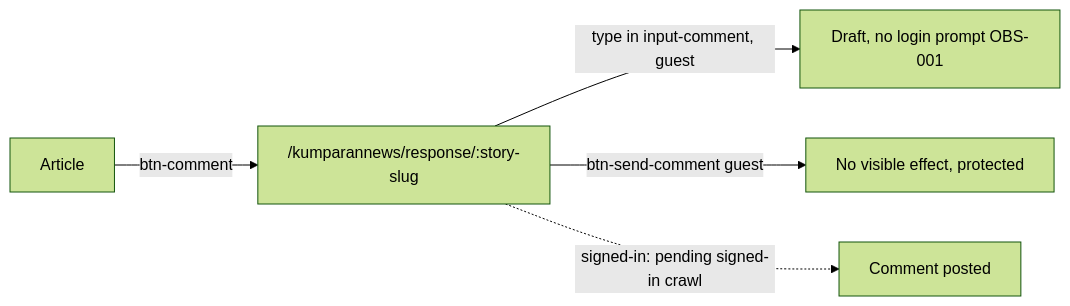
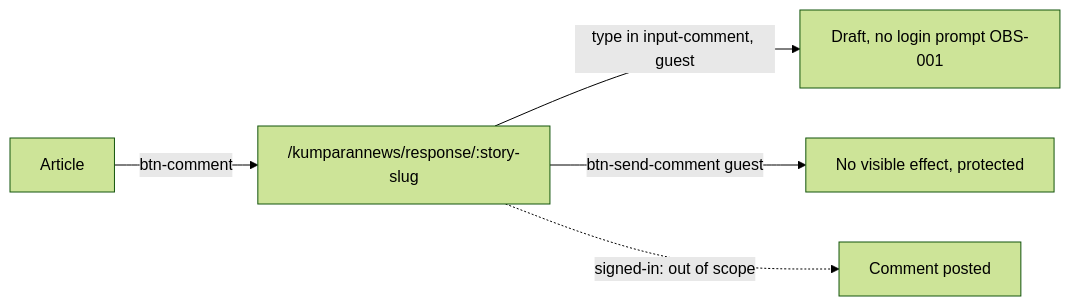
Before and after one commit to frosteve665/kumparan-qa-automation: the diagram in docs/features/comment.md, drawn with Mermaid (forest theme). The commit also changed other lines of this file and 15 other files, not shown here.

````diff
--- a/docs/features/comment.md
+++ b/docs/features/comment.md
@@ -11,7 +11,7 @@
 ```mermaid
 flowchart LR
   A[Article] -->|btn-comment| T["/kumparannews/response/:story-slug"]
   T -->|type in input-comment, guest| D[Draft, no login prompt OBS-001]
   T -->|btn-send-comment guest| N[No visible effect, protected]
-  T -.->|signed-in: pending signed-in crawl| P[Comment posted]
+  T -.->|signed-in: out of scope| P[Comment posted]
 ```
````
